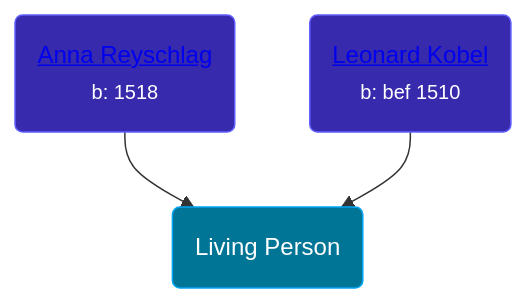
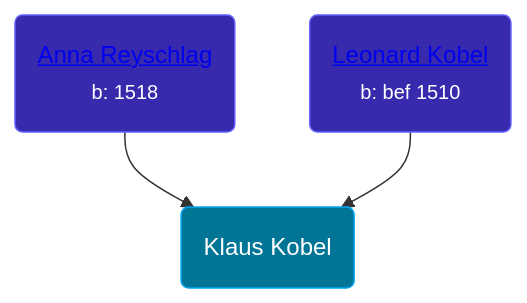
The diagram in pages/people/4/46655036.md (wpmgotkh/wpmgotkh.github.io), drawn with Mermaid before and after one commit. The commit also changed other lines of this file and 586 other files, not shown here.

Commit message:
feat: better shouldConsiderPersonLiving algo

````diff
--- a/pages/people/4/46655036.md
+++ b/pages/people/4/46655036.md
@@ -10,9 +10,9 @@
 ```mermaid
 graph
 classDef grands fill:#193cb8,stroke:#2b7fff,stroke-width:1px,color:#fff;
 classDef parents fill:#372aac,stroke:#615fff,stroke-width:1px,color:#fff;
 classDef primary fill:#007595,stroke:#00a6f4,stroke-width:1px,color:#fff;
-46655036(Living Person):::primary
+46655036(Klaus Kobel):::primary
 11719006(<a class="text-white" href="/people/1/11719006">Anna Reyschlag</a><br /><small>b: 1518</small>):::parents-->46655036
 3731471(<a class="text-white" href="/people/3/3731471">Leonard Kobel</a><br /><small>b: bef 1510</small>):::parents-->46655036
 ```
````
